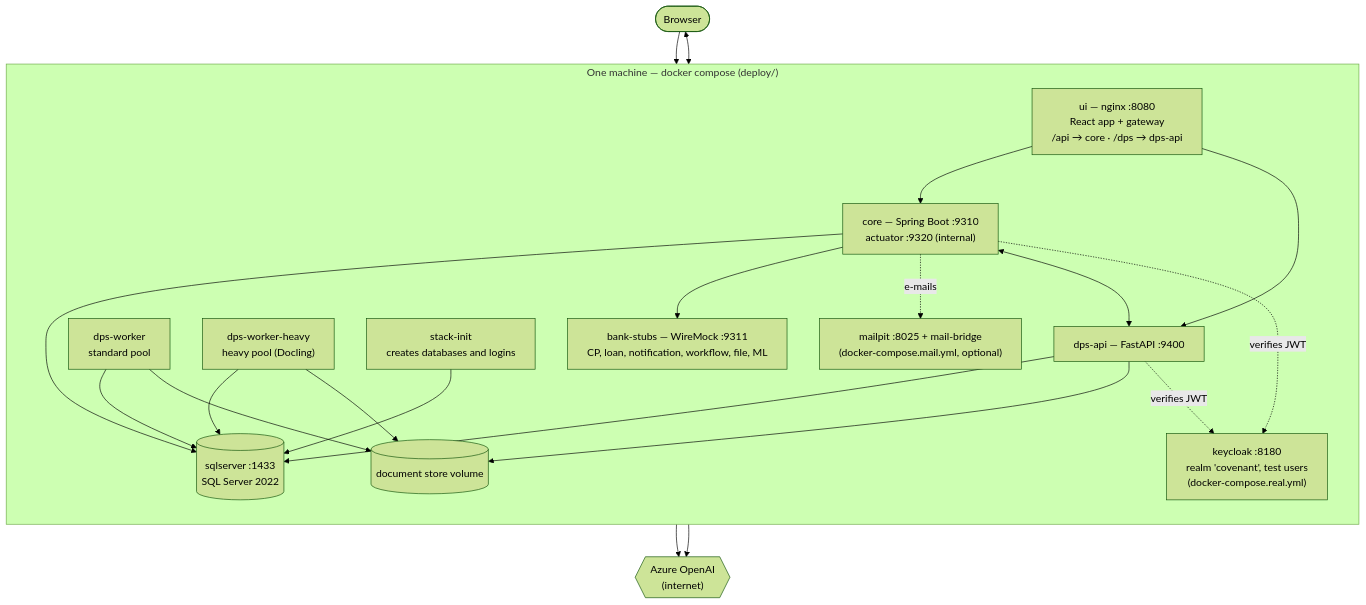
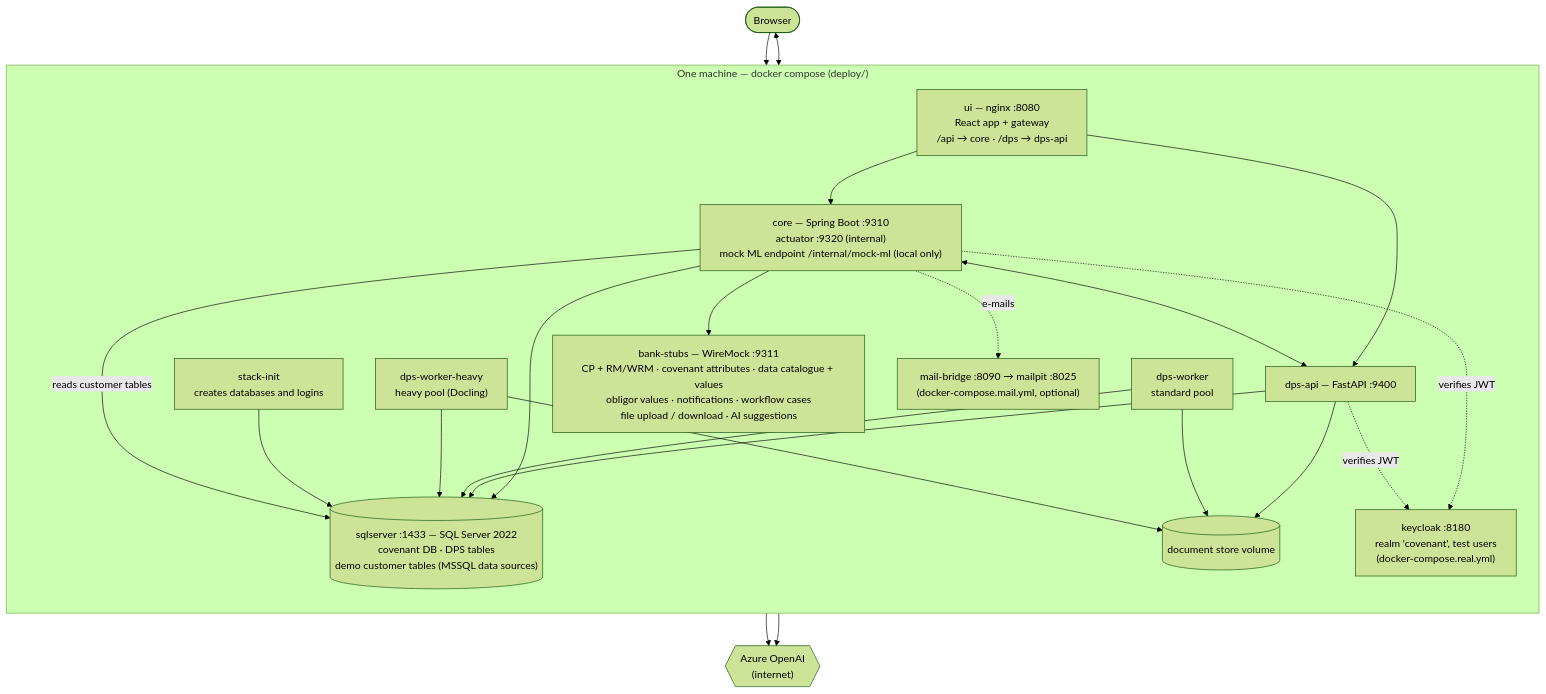
The first of 9 diagrams in docs/architecture/covenant-platform.md (Vishwas2311/loan-covenant-platform), drawn with Mermaid (forest theme) before and after one commit. The commit also changed other lines of this file and 1 other file, not shown here.

First line of the commit message:
Architecture page: fill the gaps found against the code graph

````diff
--- a/docs/architecture/covenant-platform.md
+++ b/docs/architecture/covenant-platform.md
@@ -29,42 +31,43 @@
 ```mermaid
 %%{init: {"flowchart": {"wrappingWidth": 420}}}%%
 flowchart TB
     browser(["Browser"])
 
     subgraph host["One machine — docker compose (deploy/)"]
         direction TB
         ui["ui — nginx :8080<br/>React app + gateway<br/>/api → core · /dps → dps-api"]
         kc["keycloak :8180<br/>realm 'covenant', test users<br/>(docker-compose.real.yml)"]
-        core["core — Spring Boot :9310<br/>actuator :9320 (internal)"]
+        core["core — Spring Boot :9310<br/>actuator :9320 (internal)<br/>mock ML endpoint /internal/mock-ml (local only)"]
         dpsapi["dps-api — FastAPI :9400"]
         w1["dps-worker<br/>standard pool"]
         w2["dps-worker-heavy<br/>heavy pool (Docling)"]
-        sql[("sqlserver :1433<br/>SQL Server 2022")]
+        sql[("sqlserver :1433 — SQL Server 2022<br/>covenant DB · DPS tables<br/>demo customer tables (MSSQL data sources)")]
         init["stack-init<br/>creates databases and logins"]
-        stubs["bank-stubs — WireMock :9311<br/>CP, loan, notification, workflow, file, ML"]
+        stubs["bank-stubs — WireMock :9311<br/>CP + RM/WRM · covenant attributes · data catalogue + values<br/>obligor values · notifications · workflow cases<br/>file upload / download · AI suggestions"]
         vol[("document store volume")]
-        mp["mailpit :8025 + mail-bridge<br/>(docker-compose.mail.yml, optional)"]
+        mp["mail-bridge :8090 → mailpit :8025<br/>(docker-compose.mail.yml, optional)"]
     end
 
     aoai{{"Azure OpenAI<br/>(internet)"}}
 
     browser --> ui
     browser <--> kc
     ui --> core
     ui --> dpsapi
     core --> sql
     dpsapi --> sql
     w1 --> sql
     w2 --> sql
     dpsapi --> vol
     w1 --> vol
     w2 --> vol
     init --> sql
     core --> stubs
+    core -->|reads customer tables| sql
     core -. e-mails .-> mp
     core <--> dpsapi
     dpsapi --> aoai
     w1 --> aoai
     core -. verifies JWT .-> kc
     dpsapi -. verifies JWT .-> kc
 ```
````
